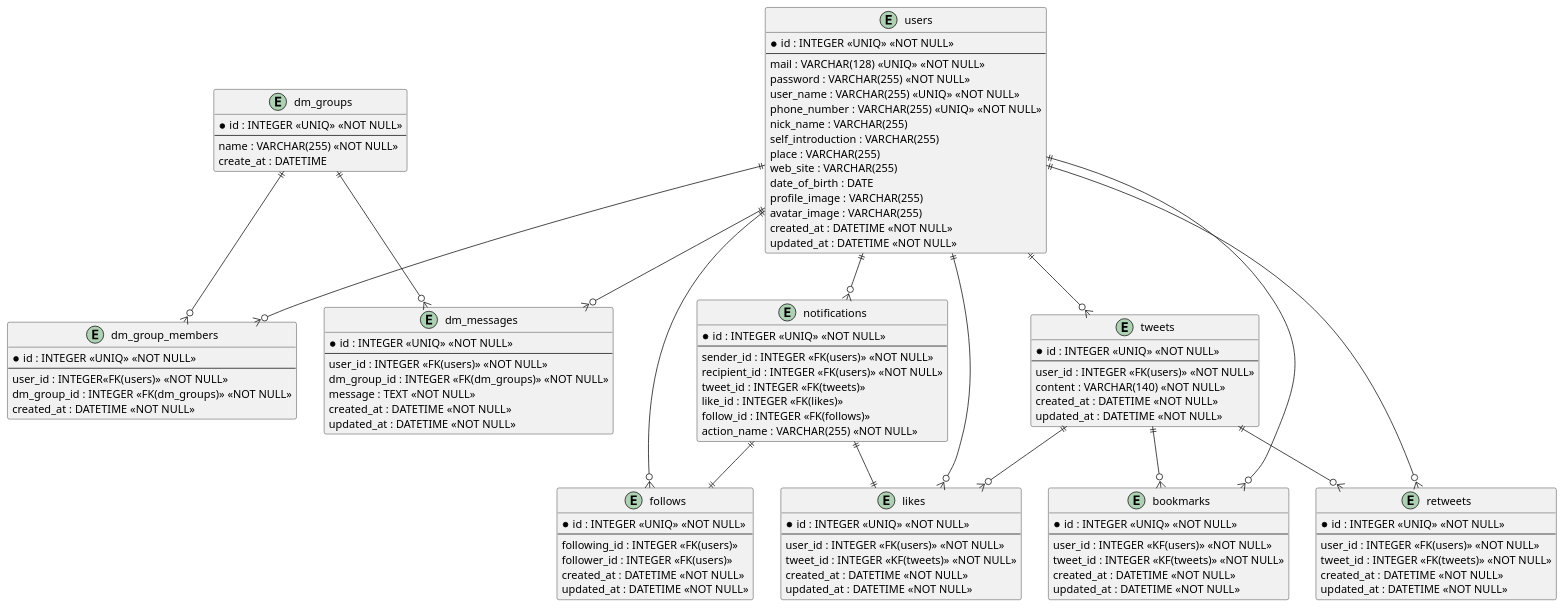
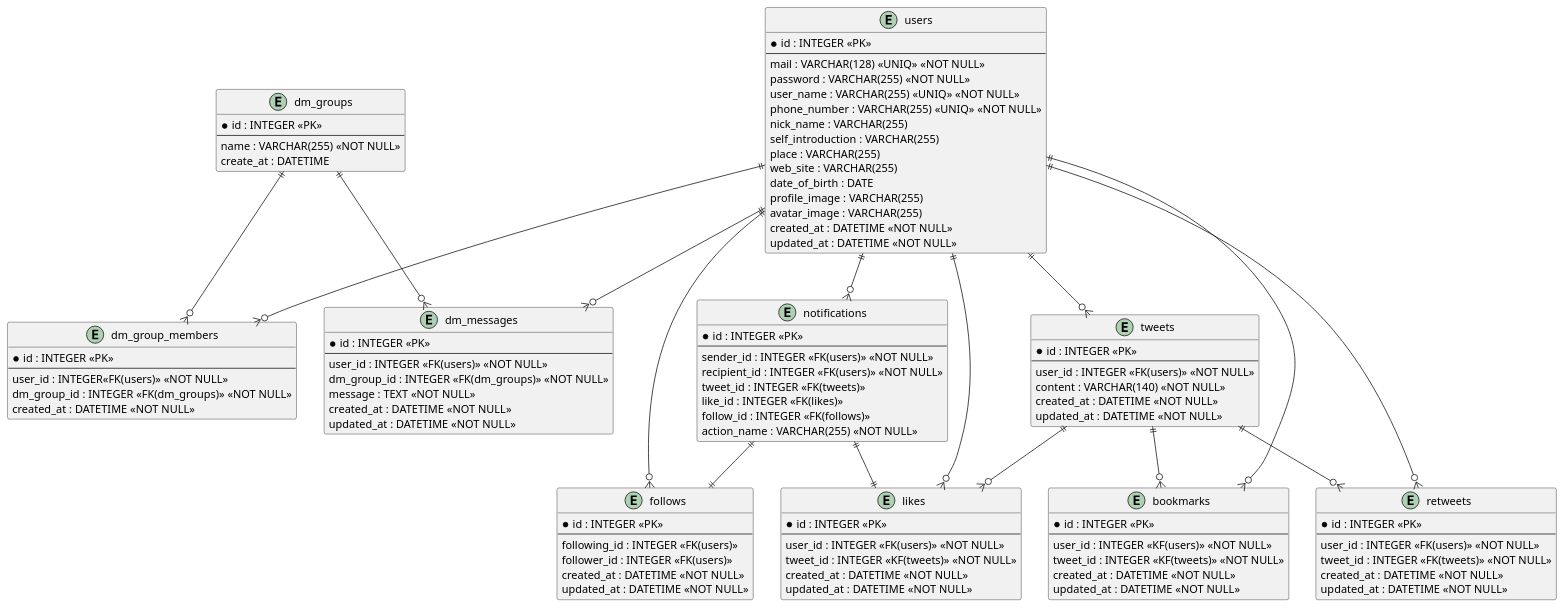
One commit to iwariku/hc_practice changed the diagram in twitter_erd/twitter_erd.puml. Above: the diagram before and after it, drawn with PlantUML.

Commit message:
refactor: テーブルの主キーを<<UNIQ>> <<NOT NULL>>から<<PK>>に変更

```diff
--- a/twitter_erd/twitter_erd.puml
+++ b/twitter_erd/twitter_erd.puml
@@ -1,179 +1,179 @@
 @startuml
 ' ユーザーテーブル
 entity "users" as users {
-  *id : INTEGER <<UNIQ>> <<NOT NULL>>
+  *id : INTEGER <<PK>>
   --
   mail : VARCHAR(128) <<UNIQ>> <<NOT NULL>>
   password : VARCHAR(255) <<NOT NULL>>
   user_name : VARCHAR(255) <<UNIQ>> <<NOT NULL>>
   phone_number : VARCHAR(255) <<UNIQ>> <<NOT NULL>>
   nick_name : VARCHAR(255)
   self_introduction : VARCHAR(255)
   place : VARCHAR(255)
   web_site : VARCHAR(255)
   date_of_birth : DATE
   profile_image : VARCHAR(255)
   avatar_image : VARCHAR(255)
   created_at : DATETIME <<NOT NULL>>
   updated_at : DATETIME <<NOT NULL>>
 }
 
 ' フォロー、フォロワーテーブル
 ' 中間テーブル
 entity "follows" as follows {
-  *id : INTEGER <<UNIQ>> <<NOT NULL>>
+  *id : INTEGER <<PK>>
   --
   following_id : INTEGER <<FK(users)>>
   follower_id : INTEGER <<FK(users)>>
   created_at : DATETIME <<NOT NULL>>
   updated_at : DATETIME <<NOT NULL>>
 }
 
 ' ツイートテーブル
 entity "tweets" as tweets {
-  *id : INTEGER <<UNIQ>> <<NOT NULL>>
+  *id : INTEGER <<PK>>
   --
   user_id : INTEGER <<FK(users)>> <<NOT NULL>>
   content : VARCHAR(140) <<NOT NULL>>
   created_at : DATETIME <<NOT NULL>>
   updated_at : DATETIME <<NOT NULL>>
 }
 
 ' いいねテーブル
 entity "likes" as likes {
-  *id : INTEGER <<UNIQ>> <<NOT NULL>>
+  *id : INTEGER <<PK>>
   --
   user_id : INTEGER <<FK(users)>> <<NOT NULL>>
   tweet_id : INTEGER <<KF(tweets)>> <<NOT NULL>>
   created_at : DATETIME <<NOT NULL>>
   updated_at : DATETIME <<NOT NULL>>
 }
 
 ' ブックマークテーブル
 entity "bookmarks" as bookmarks {
-  *id : INTEGER <<UNIQ>> <<NOT NULL>>
+  *id : INTEGER <<PK>>
   --
   user_id : INTEGER <<KF(users)>> <<NOT NULL>>
   tweet_id : INTEGER <<KF(tweets)>> <<NOT NULL>>
   created_at : DATETIME <<NOT NULL>>
   updated_at : DATETIME <<NOT NULL>>
 }
 
 ' リツイートテーブル
 entity "retweets" as retweets {
-  *id : INTEGER <<UNIQ>> <<NOT NULL>>
+  *id : INTEGER <<PK>>
   --
   user_id : INTEGER <<FK(users)>> <<NOT NULL>>
   tweet_id : INTEGER <<FK(tweets)>> <<NOT NULL>>
   created_at : DATETIME <<NOT NULL>>
   updated_at : DATETIME <<NOT NULL>>
 }
 
 ' 通知テーブル
 entity "notifications" as notifications {
-  *id : INTEGER <<UNIQ>> <<NOT NULL>>
+  *id : INTEGER <<PK>>
   --
   sender_id : INTEGER <<FK(users)>> <<NOT NULL>>
   recipient_id : INTEGER <<FK(users)>> <<NOT NULL>>
   tweet_id : INTEGER <<FK(tweets)>>
   like_id : INTEGER <<FK(likes)>>
   follow_id : INTEGER <<FK(follows)>>
   action_name : VARCHAR(255) <<NOT NULL>>
 }
 
 ' ----------- 今回修正したDMに関数テーブル --------------
 ' DMのグループ
 entity "dm_groups" as dm_groups {
-  *id : INTEGER <<UNIQ>> <<NOT NULL>>
+  *id : INTEGER <<PK>>
   --
   name : VARCHAR(255) <<NOT NULL>>
   create_at : DATETIME
 }
 
 ' DMのグループメンバー
 entity "dm_group_members" as dm_group_members {
-  *id : INTEGER <<UNIQ>> <<NOT NULL>>
+  *id : INTEGER <<PK>>
   --
   user_id : INTEGER<<FK(users)>> <<NOT NULL>>
   dm_group_id : INTEGER <<FK(dm_groups)>> <<NOT NULL>>
   created_at : DATETIME <<NOT NULL>>
 }
 
 ' DMテーブル
 entity "dm_messages" as dm_messages {
-  *id : INTEGER <<UNIQ>> <<NOT NULL>>
+  *id : INTEGER <<PK>>
   --
   user_id : INTEGER <<FK(users)>> <<NOT NULL>>
   dm_group_id : INTEGER <<FK(dm_groups)>> <<NOT NULL>>
   message : TEXT <<NOT NULL>>
   created_at : DATETIME <<NOT NULL>>
   updated_at : DATETIME <<NOT NULL>>
 }
 ' ----------------------------------------------
 
 '---------- 1対多 ----------
 'ユーザー1人というレコード 1対多 他のレコード
 ' ツイート
 ' フォロー、フォロワー、
 ' DM
 ' 通知
 ' いいね
 ' ブックマーク
 ' リツイート
 
 'ツイート1つというレコード 1対多 他のレコード
 ' いいね
 ' ブックマーク
 ' リツイート
 
 '---------- 1対1 ----------
 ' 1いいねされたら、1通知
 ' 1フォローされたら、1通知
 
 
 'ユーザー1人が、多数のツイートを持つ
 users ||--o{ tweets
 
 ' --------------------------------------------------------
 
 'ユーザーは複数のグループに所属し、複数のメッセージを書く
 users ||--o{ dm_group_members
 users ||--o{ dm_messages
 
 ' グループは複数のメンバーを持ち、複数のメッセージを保持する
 dm_groups ||-o{ dm_group_members
 dm_groups ||--o{ dm_messages
 
 ' --------------------------------------------------------
 
 
 'ユーザー1人が、多数のフォロー、フォロワーを持つ
 users ||--o{ follows
 
 'ユーザー1人が、多数の通知を持つ
 users ||--o{ notifications
 
 'ユーザー1人が、多数のいいねアクションを持つ
 users ||--o{ likes
 
 'ユーザー1人が、多数のブックマークアクションを持つ
 users ||--o{ bookmarks
 
 'ユーザー1人が、多数のリツイートアクションを持つ
 users ||--o{ retweets
 
 'ツイート1つに対して、多数のいいねをもてる
 tweets ||--o{ likes
 
 'ツイート1つに対して、多数のブックマークをもてる
 tweets ||--o{ bookmarks
 
 'ツイート1つに対して、多数のリツイートをもてる
 tweets ||--o{ retweets
 
 ' 1いいねされたら、1通知
 notifications ||--|| likes
 
 ' 1フォローされたら、1通知
 notifications ||--|| follows
 @enduml
```
